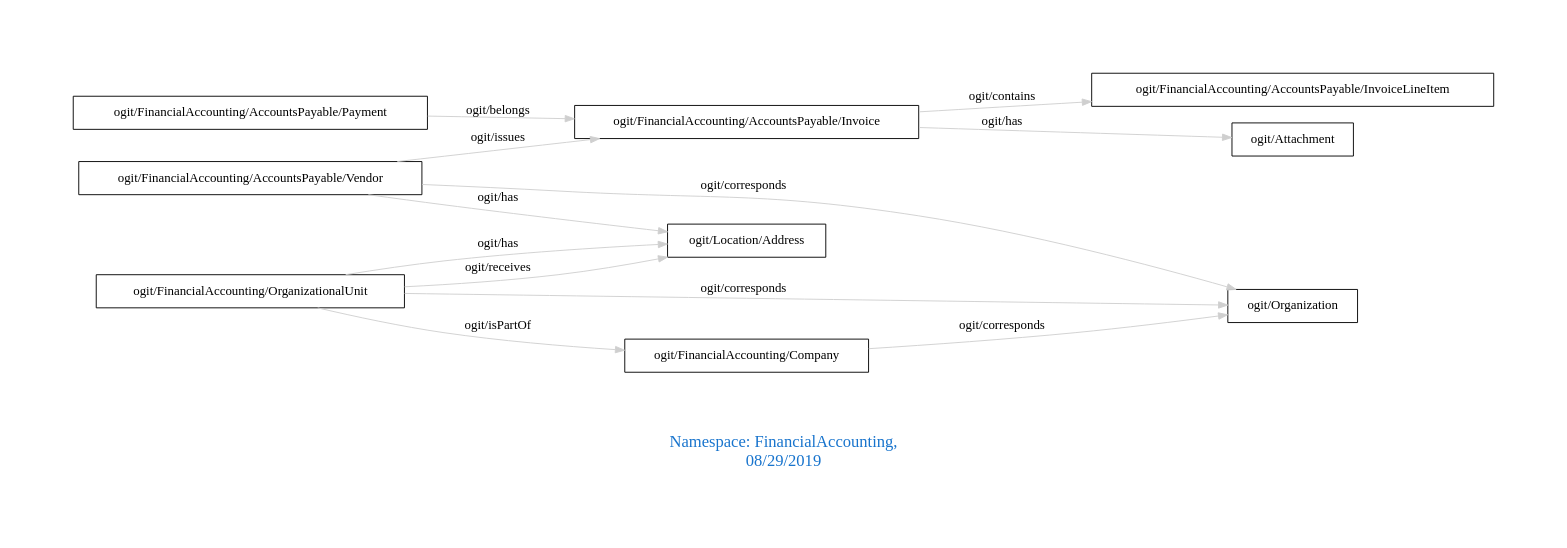
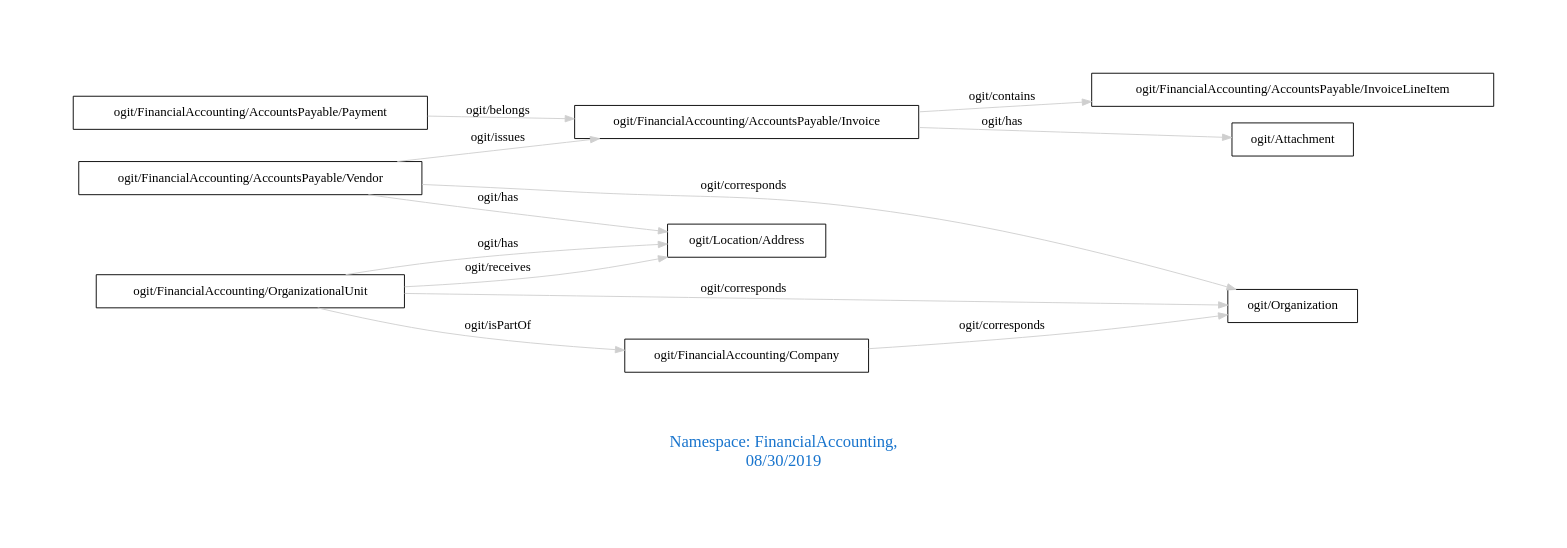
One commit to arago/OGIT changed the diagram in downloads/FinancialAccounting.dot. Above: the diagram before and after it, drawn with Graphviz. The commit also changed 1500 other files, not shown here.

```diff
--- a/downloads/FinancialAccounting.dot
+++ b/downloads/FinancialAccounting.dot
@@ -1,19 +1,19 @@
 digraph OGIT_ontology {
  graph [ rankdir= LR,pad=1 
 fontsize = 18,
-fontcolor= dodgerblue3,label = "\n\n\nNamespace: FinancialAccounting, \n 08/29/2019"];
+fontcolor= dodgerblue3,label = "\n\n\nNamespace: FinancialAccounting, \n 08/30/2019"];
 node[shape=polygon];
 edge [  color="gray81"];
 
    "ogit/FinancialAccounting/AccountsPayable/Invoice" -> "ogit/FinancialAccounting/AccountsPayable/InvoiceLineItem" [label="   ogit/contains    "];
    "ogit/FinancialAccounting/AccountsPayable/Vendor" -> "ogit/Organization" [label="   ogit/corresponds    "];
    "ogit/FinancialAccounting/Company" -> "ogit/Organization" [label="   ogit/corresponds    "];
    "ogit/FinancialAccounting/OrganizationalUnit" -> "ogit/Organization" [label="   ogit/corresponds    "];
    "ogit/FinancialAccounting/AccountsPayable/Vendor" -> "ogit/FinancialAccounting/AccountsPayable/Invoice" [label="   ogit/issues    "];
    "ogit/FinancialAccounting/AccountsPayable/Payment" -> "ogit/FinancialAccounting/AccountsPayable/Invoice" [label="   ogit/belongs    "];
    "ogit/FinancialAccounting/OrganizationalUnit" -> "ogit/Location/Address" [label="   ogit/receives    "];
    "ogit/FinancialAccounting/AccountsPayable/Invoice" -> "ogit/Attachment" [label="   ogit/has    "];
    "ogit/FinancialAccounting/AccountsPayable/Vendor" -> "ogit/Location/Address" [label="   ogit/has    "];
    "ogit/FinancialAccounting/OrganizationalUnit" -> "ogit/Location/Address" [label="   ogit/has    "];
    "ogit/FinancialAccounting/OrganizationalUnit" -> "ogit/FinancialAccounting/Company" [label="   ogit/isPartOf    "];
 }
```
